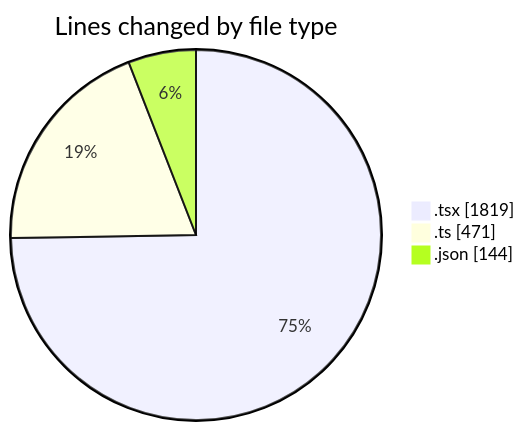
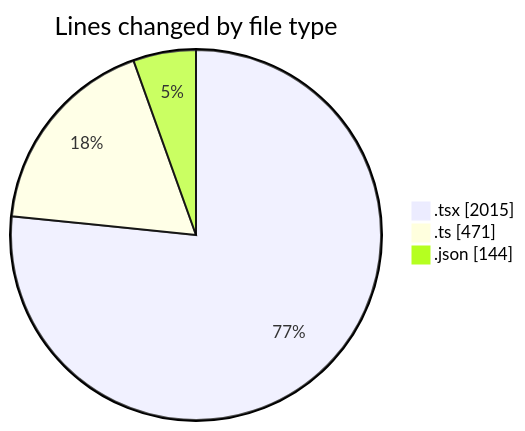
Before and after one commit to robertbonfada/code-tracking: the first of 2 diagrams in 2025-02-18/mbc-web/README.md, drawn with Mermaid. The commit also changed other lines of this file and 1 other file, not shown here.

````diff
--- a/2025-02-18/mbc-web/README.md
+++ b/2025-02-18/mbc-web/README.md
@@ -33,7 +34,7 @@
 ```mermaid
 pie showData
 title Lines changed by file type
-".tsx" : 1819
+".tsx" : 2015
 ".ts" : 471
 ".json" : 144
 ```
````
